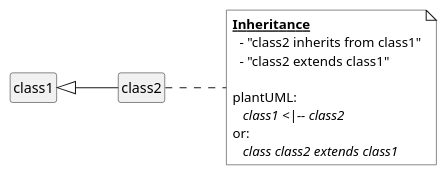
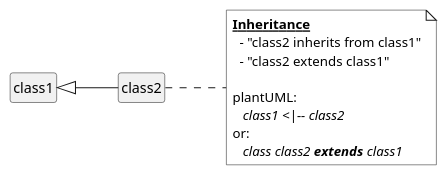
One commit to chraxo/UmlMarkdownCheatSheet changed diagram 13 of 31 in uml_markdown_summary.md. Above: the diagram before and after it, drawn with PlantUML. The commit also changed other lines of this file, not shown here.

```diff
--- a/uml_markdown_summary.md
+++ b/uml_markdown_summary.md
@@ -601,28 +603,28 @@
 @startuml
     skinparam noteFontName Consolas
     skinparam legendFontName Consolas
     skinparam noteBackgroundColor white
     skinparam legendBackgroundColor white
-    skinparam legendBorderColor white
+    ' skinparam legendBorderColor white
     'skinparam DiagramBorderColor black
     'skinparam DiagramBorderThickness 2
     skinparam style strictuml
     'skinparam monochrome true
 
     hide empty members
     left to right direction
 
     class1 <|-- class2
 
     note right
         **__Inheritance__**
           - "class2 inherits from class1"
           - "class2 extends class1"
         
         plantUML: 
            //class1 <|-- class2//
         or:
-           //class class2 extends class1//
+           //class class2 **extends** class1//
     end note
     
 @enduml
```
